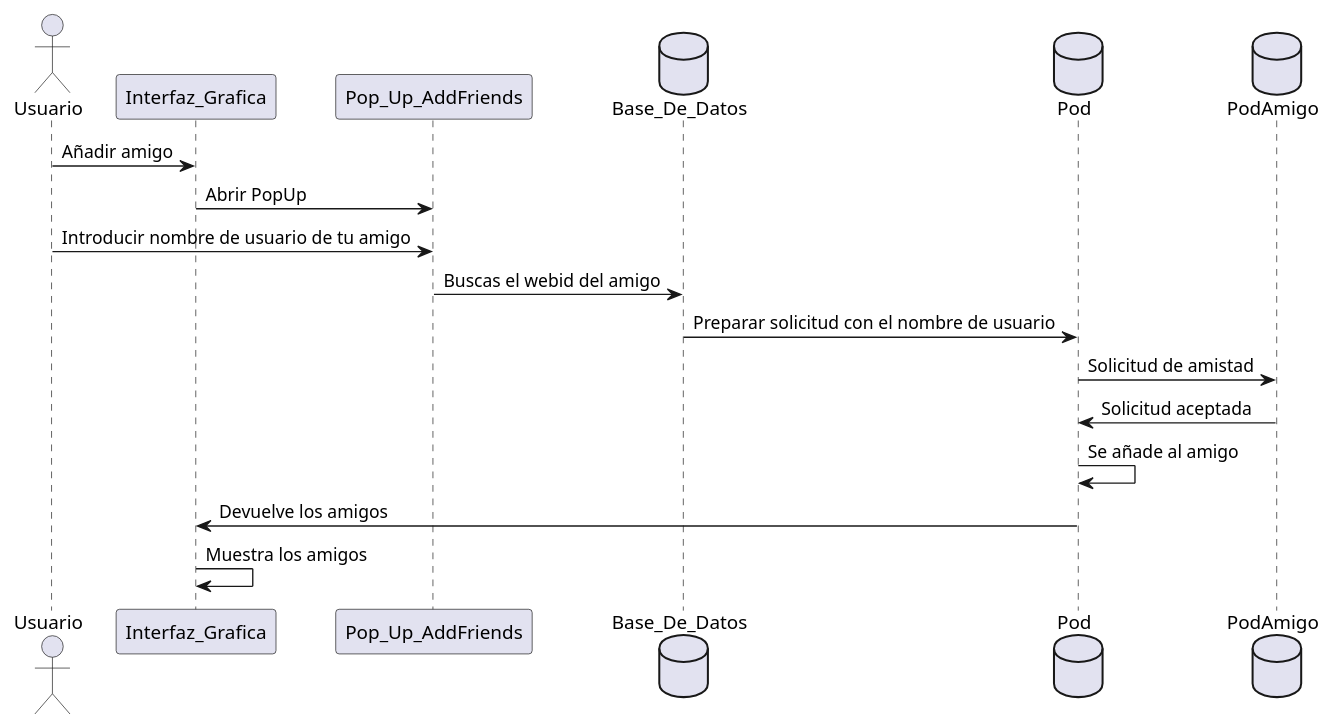
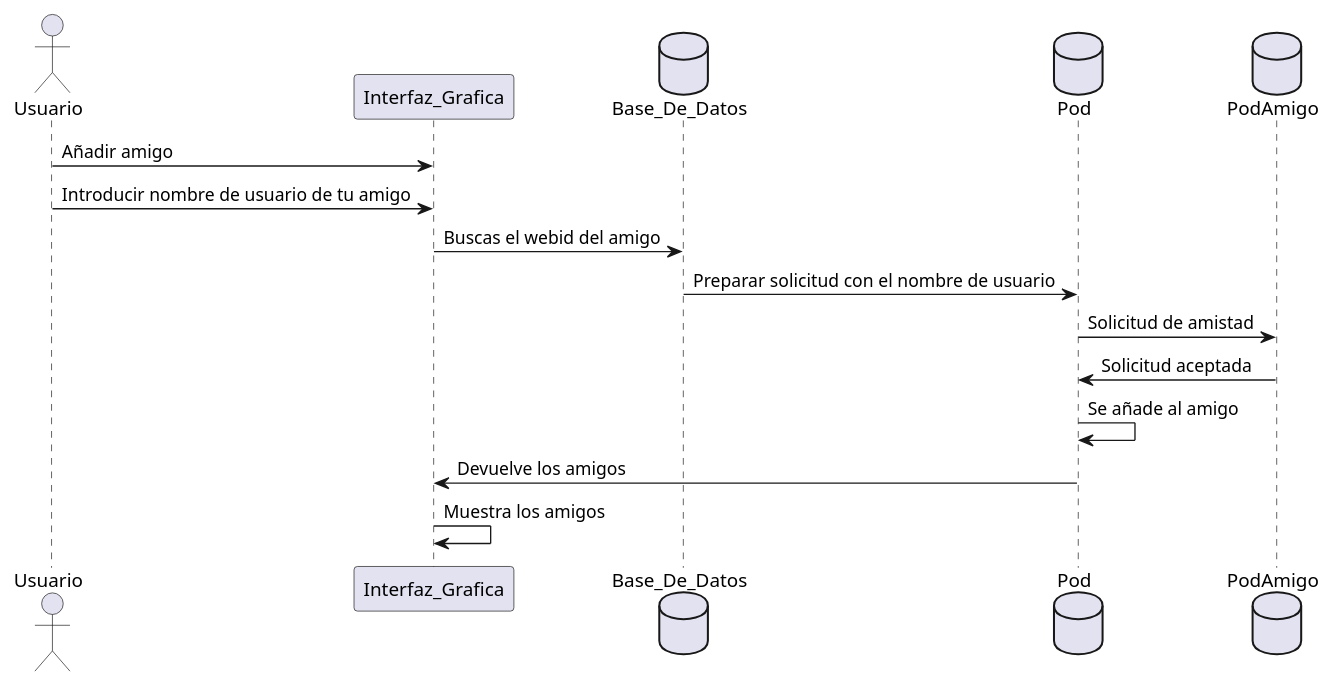
Before and after one commit to UO264862/radarin_es2b: the second of 10 diagrams in webapp/docs/06_runtime_view.adoc, drawn with PlantUML. The commit also changed other lines of this file and 1 other file, not shown here.

```diff
--- a/webapp/docs/06_runtime_view.adoc
+++ b/webapp/docs/06_runtime_view.adoc
@@ -40,22 +40,20 @@
 [plantuml, runtime-view2, svg]
 ----
 @startuml
 actor Usuario
 participant Interfaz_Grafica
-participant Pop_Up_AddFriends
 database Base_De_Datos
 database Pod
 database PodAmigo
 Usuario -> Interfaz_Grafica: Añadir amigo
-Interfaz_Grafica -> Pop_Up_AddFriends: Abrir PopUp
-Usuario -> Pop_Up_AddFriends: Introducir nombre de usuario de tu amigo
-Pop_Up_AddFriends -> Base_De_Datos: Buscas el webid del amigo 
+Usuario  -> Interfaz_Grafica: Introducir nombre de usuario de tu amigo
+Interfaz_Grafica -> Base_De_Datos: Buscas el webid del amigo 
 Base_De_Datos-> Pod : Preparar solicitud con el nombre de usuario
 
 Pod -> PodAmigo: Solicitud de amistad
 Pod <- PodAmigo: Solicitud aceptada
 Pod -> Pod: Se añade al amigo
 Pod -> Interfaz_Grafica: Devuelve los amigos
 Interfaz_Grafica -> Interfaz_Grafica: Muestra los amigos
 @enduml
 ----
```
